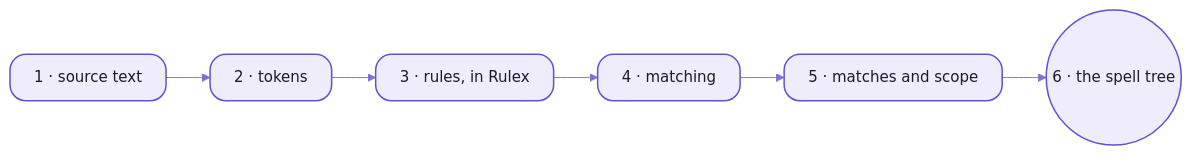
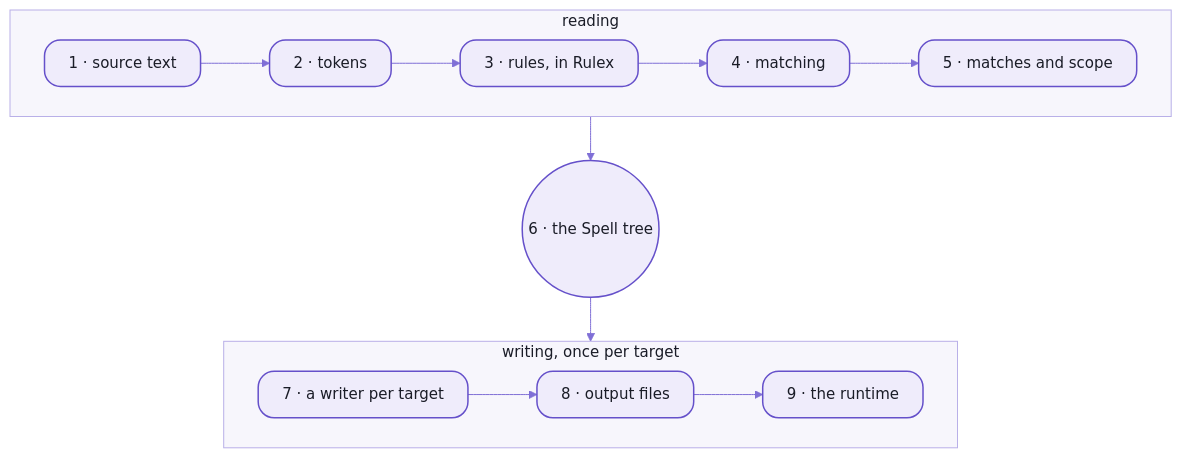
Before and after one commit to spell-app/spell: the second of 2 diagrams in parser/README.md, drawn with Mermaid. The commit also changed other lines of this file and 7 other files, not shown here.

````diff
--- a/parser/README.md
+++ b/parser/README.md
@@ -136,13 +182,18 @@
 ```mermaid
 %%{init: {"theme":"base","themeVariables":{"fontFamily":"-apple-system, BlinkMacSystemFont, Segoe UI, Helvetica, Arial, sans-serif","fontSize":"15px","primaryColor":"#EFECFB","primaryBorderColor":"#6550CA","primaryTextColor":"#1A1C27","secondaryColor":"#F4F1E9","tertiaryColor":"#F7F6FC","lineColor":"#7F6FD6","textColor":"#7F6FD6","clusterBkg":"#F7F6FC","clusterBorder":"#B9B0E8","titleColor":"#1A1C27","edgeLabelBackground":"#F7F6FC","actorBkg":"#EFECFB","actorBorder":"#6550CA","actorTextColor":"#1A1C27","actorLineColor":"#9C90DE","signalColor":"#7F6FD6","signalTextColor":"#7F6FD6","labelBoxBkgColor":"#EFECFB","labelBoxBorderColor":"#6550CA","labelTextColor":"#1A1C27","loopTextColor":"#7F6FD6","noteBkgColor":"#F1E7D4","noteBorderColor":"#C9B48A","noteTextColor":"#1A1C27","activationBkgColor":"#DCD6F7","activationBorderColor":"#6550CA","sequenceNumberColor":"#FFFFFF"},"flowchart":{"curve":"basis","padding":12,"nodeSpacing":40,"rankSpacing":44}}}%%
-flowchart LR
-  source[1 · source text] --> tokens[2 · tokens]
-  tokens --> rules[3 · rules, in Rulex]
-  rules --> matching[4 · matching]
-  matching --> matches[5 · matches and scope]
-  matches --> tree((6 · the spell tree))
+flowchart TB
+  subgraph reading["reading"]
+    direction LR
+    source["1 · source text"] --> tokens["2 · tokens"] --> rules["3 · rules, in Rulex"] --> matching["4 · matching"] --> matches["5 · matches and scope"]
+  end
+  tree(("6 · the Spell tree"))
+  subgraph writing["writing, once per target"]
+    direction LR
+    writer["7 · a writer per target"] --> files["8 · output files"] --> runtime["9 · the runtime"]
+  end
+  reading --> tree --> writing
   %% the Spell look:  yarn mermaid:pretty
   classDef default fill:#EFECFB,stroke:#6550CA,stroke-width:1.5px,color:#1A1C27,rx:8px,ry:8px
   classDef step fill:#EFECFB,stroke:#6550CA,stroke-width:1.5px,color:#1A1C27,rx:16px,ry:16px
-  class source,tokens,rules,matching,matches,tree step
+  class source,tokens,rules,matching,matches,tree,writer,files,runtime step
 ```
````
